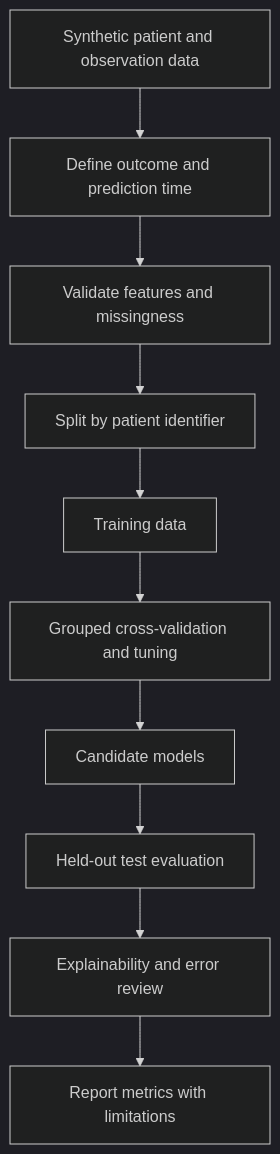
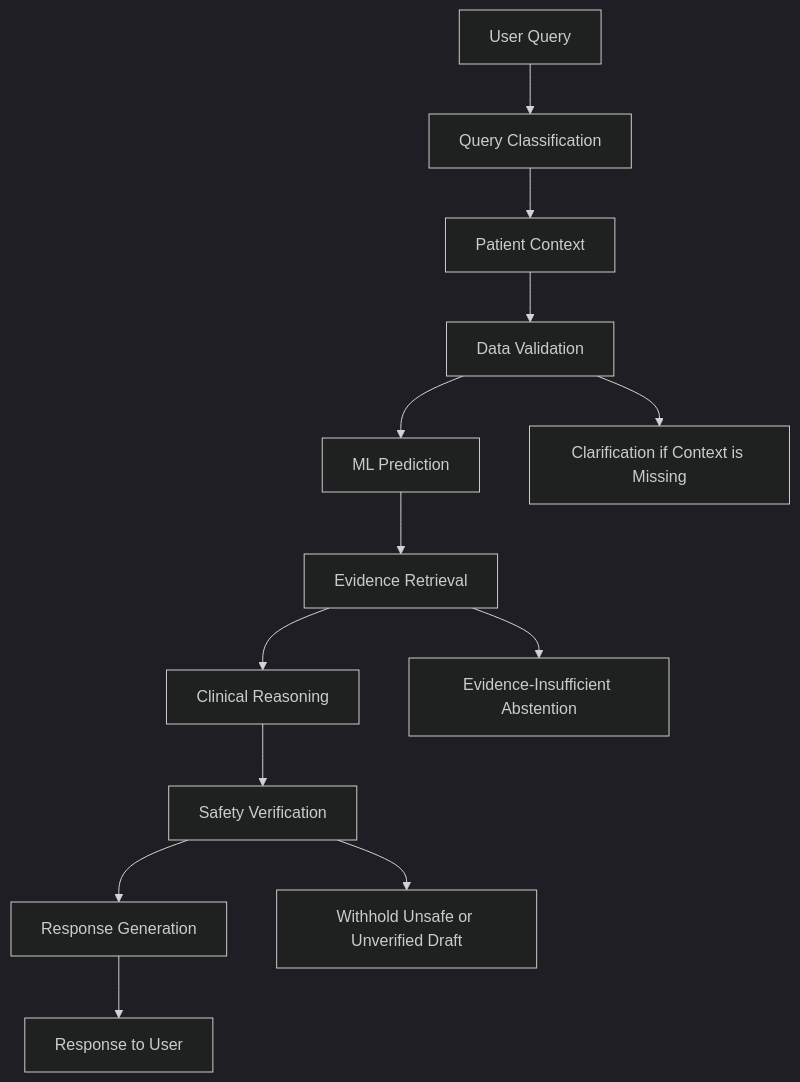
Before and after one commit to Mahbubeh-sdfar/ICU-recovery-RESEARCH-CONSOLE: the second of 2 diagrams in ARCHITECTURE.md, drawn with Mermaid (dark theme). The commit also changed other lines of this file, not shown here.

First line of the commit message:
Enhance ARCHITECTURE.md with detailed system overview

````diff
--- a/ARCHITECTURE.md
+++ b/ARCHITECTURE.md
@@ -56,14 +143,16 @@
 ```mermaid
 flowchart TD
-    A[Synthetic patient and observation data]
-    B[Define outcome and prediction time]
-    C[Validate features and missingness]
-    D[Split by patient identifier]
-    E[Training data]
-    F[Grouped cross-validation and tuning]
-    G[Candidate models]
-    H[Held-out test evaluation]
-    I[Explainability and error review]
-    J[Report metrics with limitations]
-    A --> B --> C --> D --> E --> F --> G --> H --> I --> J
+    A["User Query"] --> B["Query Classification"]
+    B --> C["Patient Context"]
+    C --> D["Data Validation"]
+    D --> E["ML Prediction"]
+    E --> F["Evidence Retrieval"]
+    F --> G["Clinical Reasoning"]
+    G --> H["Safety Verification"]
+    H --> I["Response Generation"]
+    I --> J["Response to User"]
+
+    D --> K["Clarification if Context is Missing"]
+    F --> L["Evidence-Insufficient Abstention"]
+    H --> M["Withhold Unsafe or Unverified Draft"]
 ```
````
